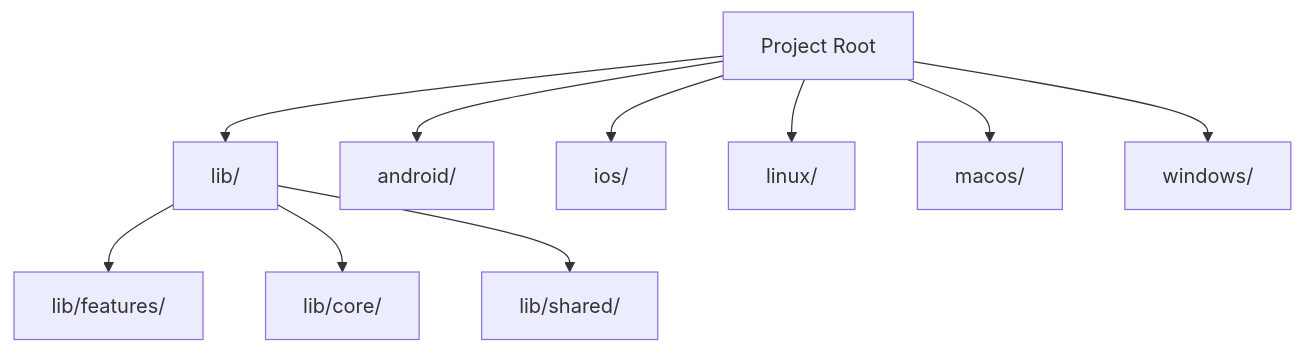
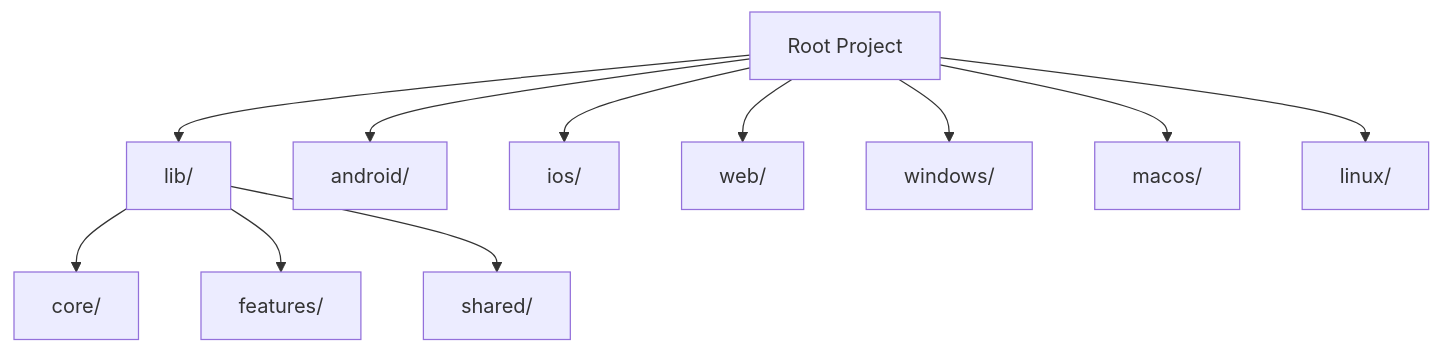
The first of 3 diagrams in .qoder/repowiki/en/content/Getting Started.md (Ariful3111/FurniGo), drawn with Mermaid before and after one commit. The commit also changed other lines of this file and 115 other files, not shown here.

````diff
--- a/.qoder/repowiki/en/content/Getting Started.md
+++ b/.qoder/repowiki/en/content/Getting Started.md
@@ -38,22 +39,13 @@
 ```mermaid
 graph TB
-Root["Project Root"]
-Lib["lib/"]
-Features["lib/features/"]
-Core["lib/core/"]
-Shared["lib/shared/"]
-Android["android/"]
-IOS["ios/"]
-Linux["linux/"]
-MacOS["macos/"]
-Windows["windows/"]
-Root --> Lib
-Lib --> Features
-Lib --> Core
-Lib --> Shared
-Root --> Android
-Root --> IOS
-Root --> Linux
-Root --> MacOS
-Root --> Windows
+A["Root Project"] --> B["lib/"]
+A --> C["android/"]
+A --> D["ios/"]
+A --> E["web/"]
+A --> F["windows/"]
+A --> G["macos/"]
+A --> H["linux/"]
+B --> B1["core/"]
+B --> B2["features/"]
+B --> B3["shared/"]
 ```
````
